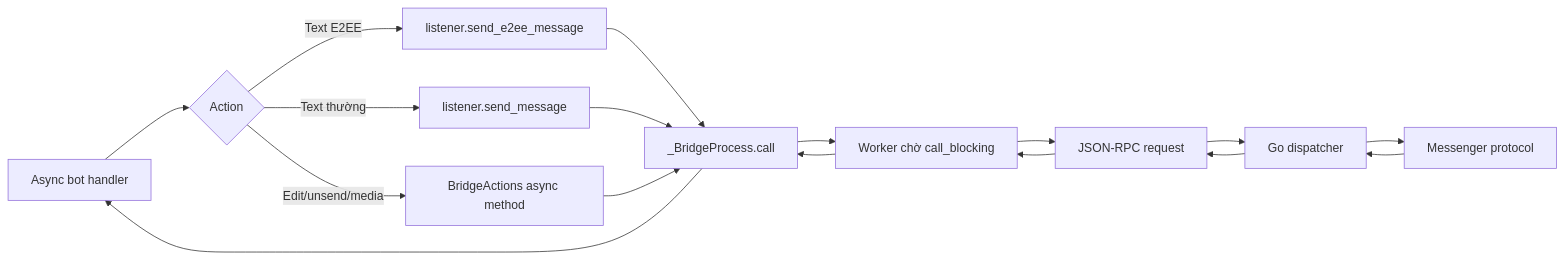
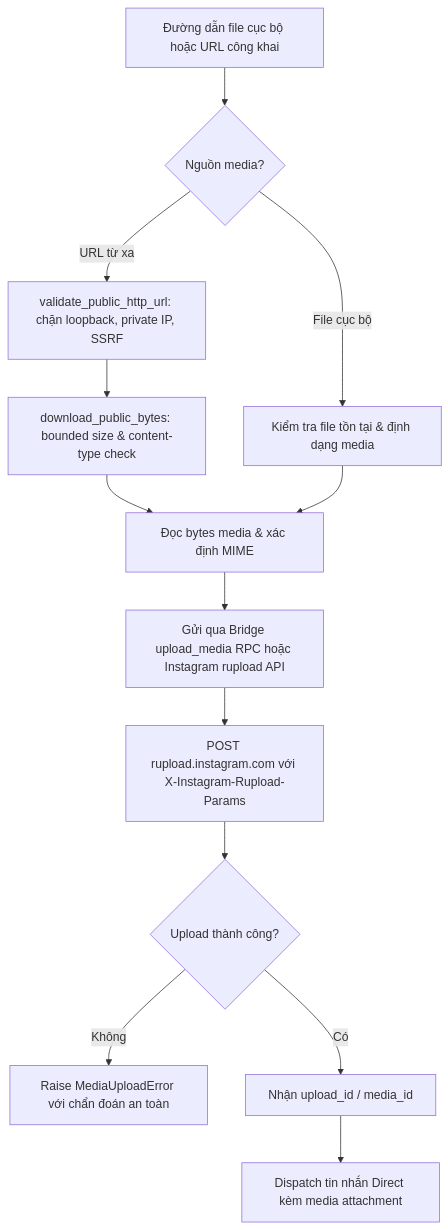
One commit to 0xshijn/igchat-v2 changed the fifth of 8 diagrams in FLOWCHART.md. Above: the diagram before and after it, drawn with Mermaid. The commit also changed other lines of this file and 246 other files, not shown here.

First line of the commit message:
feat: rebuild genuine Instagram Direct & Polaris GraphQL v3.0.0 architecture

````diff
--- a/FLOWCHART.md
+++ b/FLOWCHART.md
@@ -211,19 +122,15 @@
 ```mermaid
-flowchart LR
-    A[Async bot handler] --> B{Action}
-    B -- Text E2EE --> C[listener.send_e2ee_message]
-    B -- Text thường --> D[listener.send_message]
-    B -- Edit/unsend/media --> E[BridgeActions async method]
-    C --> F[_BridgeProcess.call]
-    D --> F
+flowchart TD
+    A[Đường dẫn file cục bộ hoặc URL công khai] --> B{Nguồn media?}
+    B -- URL từ xa --> C[validate_public_http_url: chặn loopback, private IP, SSRF]
+    C --> D[download_public_bytes: bounded size & content-type check]
+    B -- File cục bộ --> E[Kiểm tra file tồn tại & định dạng media]
+    D --> F[Đọc bytes media & xác định MIME]
     E --> F
-    F --> G[Worker chờ call_blocking]
-    G --> H[JSON-RPC request]
-    H --> I[Go dispatcher]
-    I --> J[Messenger protocol]
-    J --> I
-    I --> H
-    H --> G
-    G --> F
-    F --> A
+    F --> G[Gửi qua Bridge upload_media RPC hoặc Instagram rupload API]
+    G --> H[POST rupload.instagram.com với X-Instagram-Rupload-Params]
+    H --> I{Upload thành công?}
+    I -- Không --> J[Raise MediaUploadError với chẩn đoán an toàn]
+    I -- Có --> K[Nhận upload_id / media_id]
+    K --> L[Dispatch tin nhắn Direct kèm media attachment]
 ```
````
